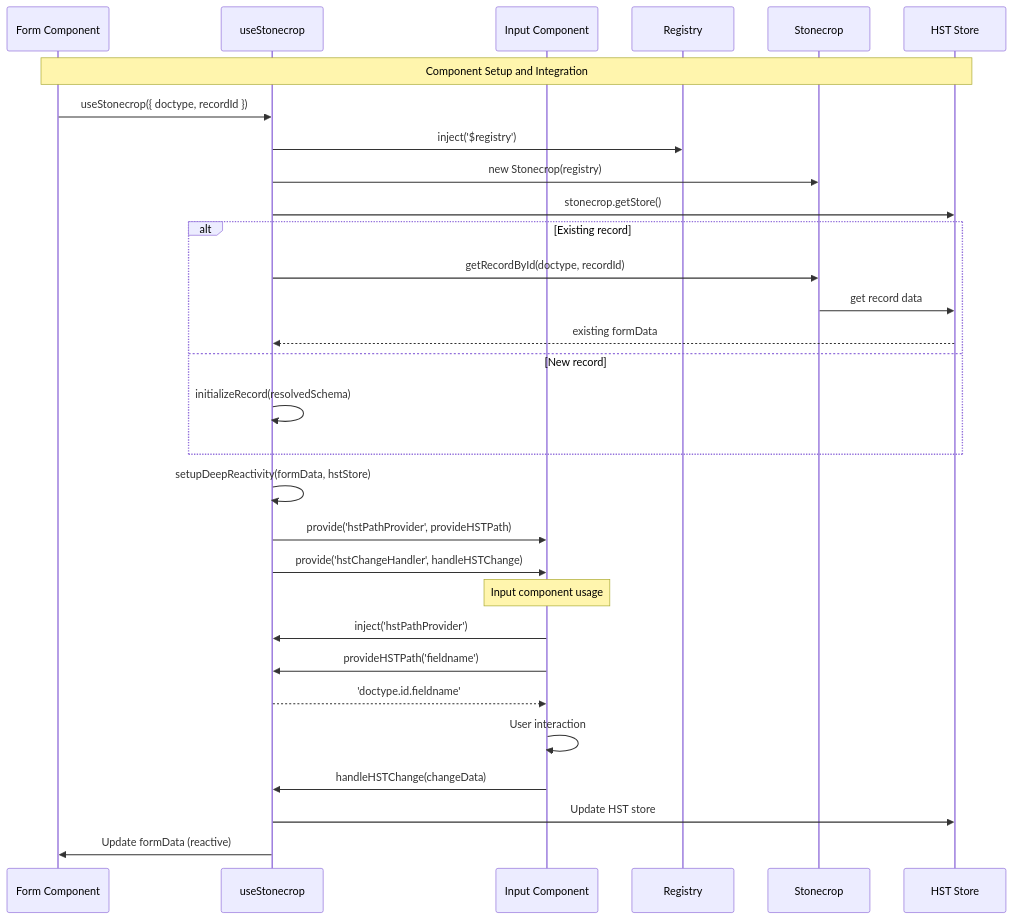
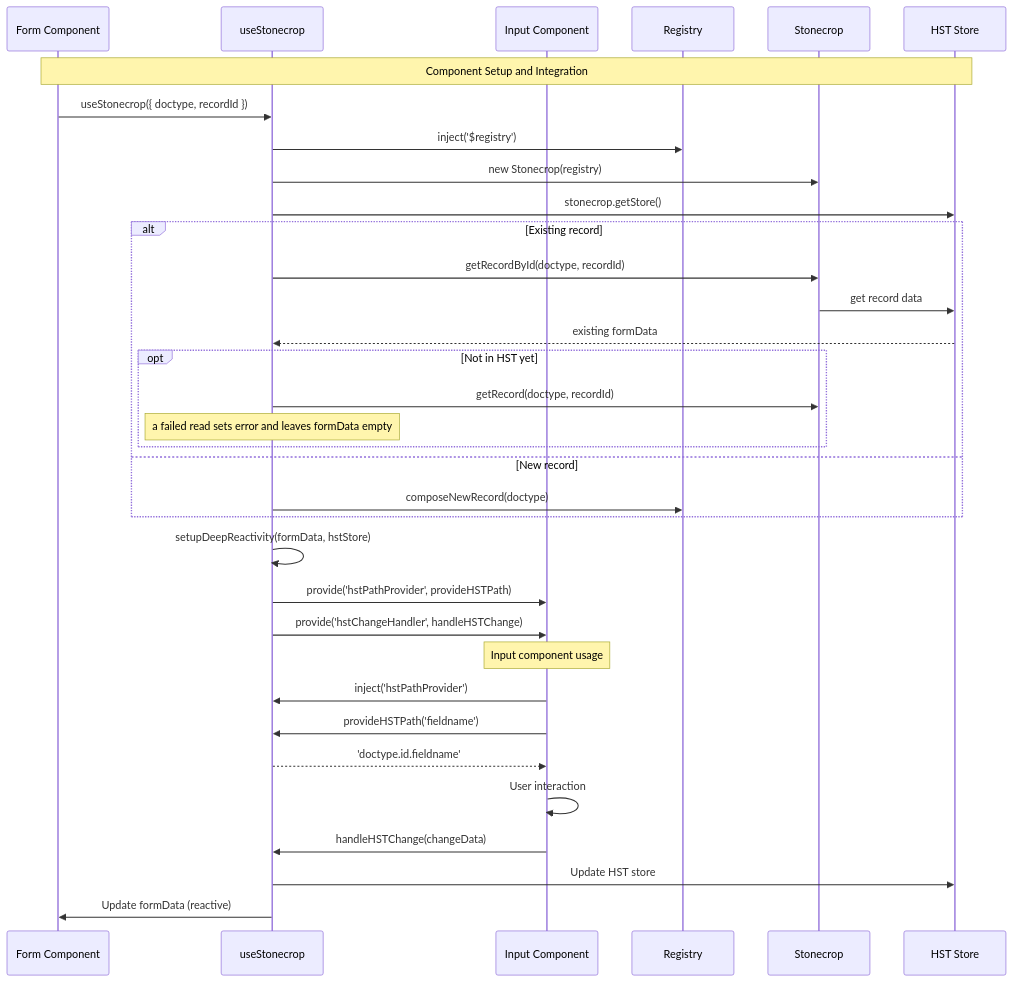
The fourth of 6 diagrams in stonecrop/docs/hst/architecture.md (agritheory/stonecrop), drawn with Mermaid before and after one commit. The commit also changed other lines of this file and 26 other files, not shown here.

Commit message:
fix: show loading, not-found and failed reads instead of an empty form or table (#480)

````diff
--- a/stonecrop/docs/hst/architecture.md
+++ b/stonecrop/docs/hst/architecture.md
@@ -151,41 +151,45 @@
 ```mermaid
 sequenceDiagram
     participant FC as Form Component
     participant US as useStonecrop
     participant IC as Input Component
     participant REG as Registry
     participant SC as Stonecrop
     participant HST as HST Store
 
     Note over FC,HST: Component Setup and Integration
 
     FC->>US: useStonecrop({ doctype, recordId })
 
     US->>REG: inject('$registry')
     US->>SC: new Stonecrop(registry)
     US->>HST: stonecrop.getStore()
 
     alt Existing record
         US->>SC: getRecordById(doctype, recordId)
         SC->>HST: get record data
         HST-->>US: existing formData
+        opt Not in HST yet
+            US->>SC: getRecord(doctype, recordId)
+            Note over US: a failed read sets error and leaves formData empty
+        end
     else New record
-        US->>US: initializeRecord(resolvedSchema)
+        US->>REG: composeNewRecord(doctype)
     end
 
     US->>US: setupDeepReactivity(formData, hstStore)
 
     US->>IC: provide('hstPathProvider', provideHSTPath)
     US->>IC: provide('hstChangeHandler', handleHSTChange)
 
     Note over IC: Input component usage
     IC->>US: inject('hstPathProvider')
     IC->>US: provideHSTPath('fieldname')
     US-->>IC: 'doctype.id.fieldname'
 
     IC->>IC: User interaction
     IC->>US: handleHSTChange(changeData)
 
     US->>HST: Update HST store
     US->>FC: Update formData (reactive)
 ```
````
